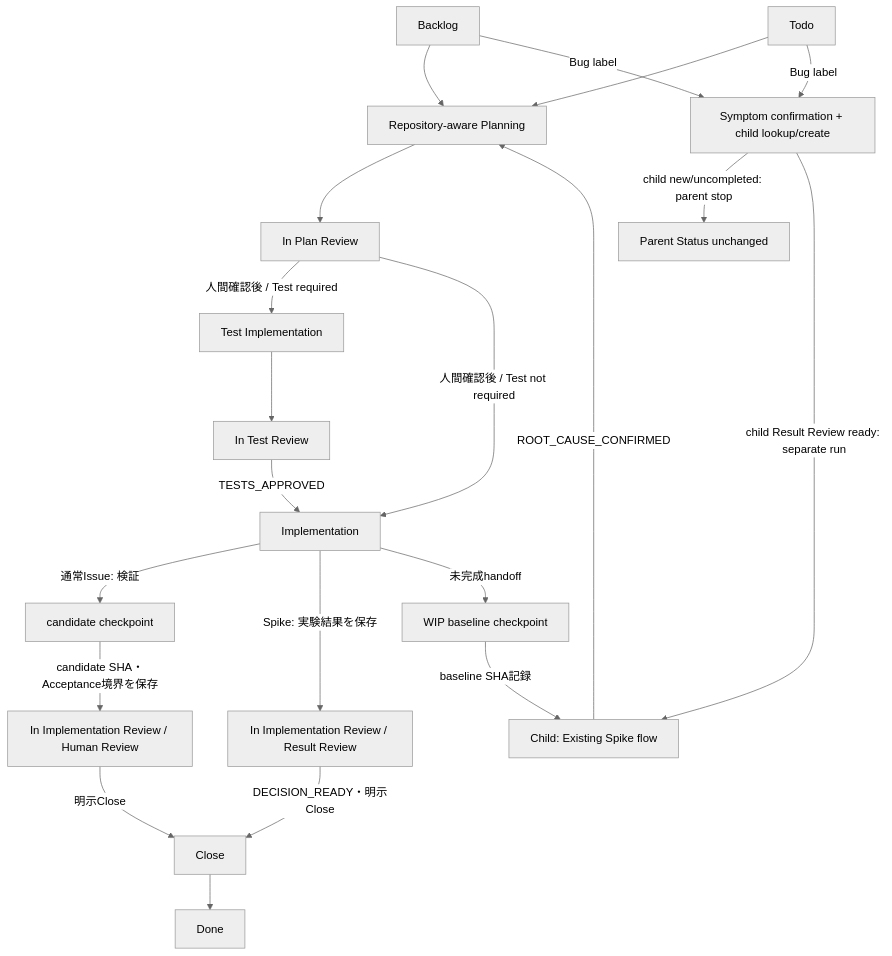
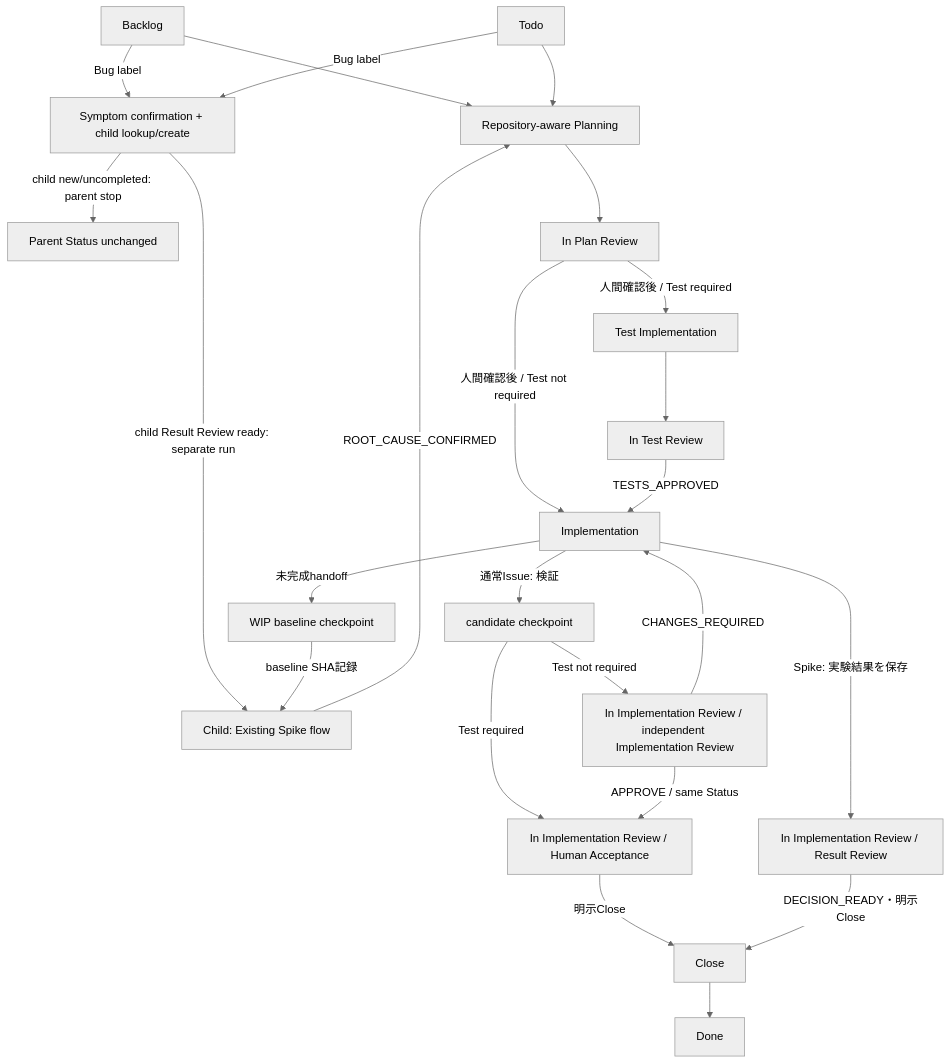
Before and after one commit to hnishim/harness: the first of 2 diagrams in agent-development-workflow.md, drawn with Mermaid (neutral theme). The commit also changed other lines of this file and 13 other files, not shown here.

````diff
--- a/agent-development-workflow.md
+++ b/agent-development-workflow.md
@@ -45,23 +46,26 @@
 ```mermaid
 flowchart TD
     B[Backlog] --> P[Repository-aware Planning]
     T[Todo] --> P
     B -->|Bug label| BI[Symptom confirmation + child lookup/create]
     T -->|Bug label| BI
     BI -->|child new/uncompleted: parent stop| PS[Parent Status unchanged]
     BI -->|child Result Review ready: separate run| SI[Child: Existing Spike flow]
     SI -->|ROOT_CAUSE_CONFIRMED| P
     P --> R[In Plan Review]
     R -->|人間確認後 / Test required| TW[Test Implementation]
     R -->|人間確認後 / Test not required| I[Implementation]
     TW --> TR[In Test Review]
     TR -->|TESTS_APPROVED| I
     I -->|通常Issue: 検証| CP[candidate checkpoint]
-    CP -->|candidate SHA・Acceptance境界を保存| H[In Implementation Review / Human Review]
+    CP -->|Test required| HA[In Implementation Review / Human Acceptance]
+    CP -->|Test not required| IR[In Implementation Review / independent Implementation Review]
+    IR -->|APPROVE / same Status| HA
+    IR -->|CHANGES_REQUIRED| I
     I -->|Spike: 実験結果を保存| SR[In Implementation Review / Result Review]
     I -->|未完成handoff| BP[WIP baseline checkpoint]
     BP -->|baseline SHA記録| SI
-    H -->|明示Close| C[Close]
+    HA -->|明示Close| C[Close]
     SR -->|DECISION_READY・明示Close| C
     C --> D[Done]
 ```
````
